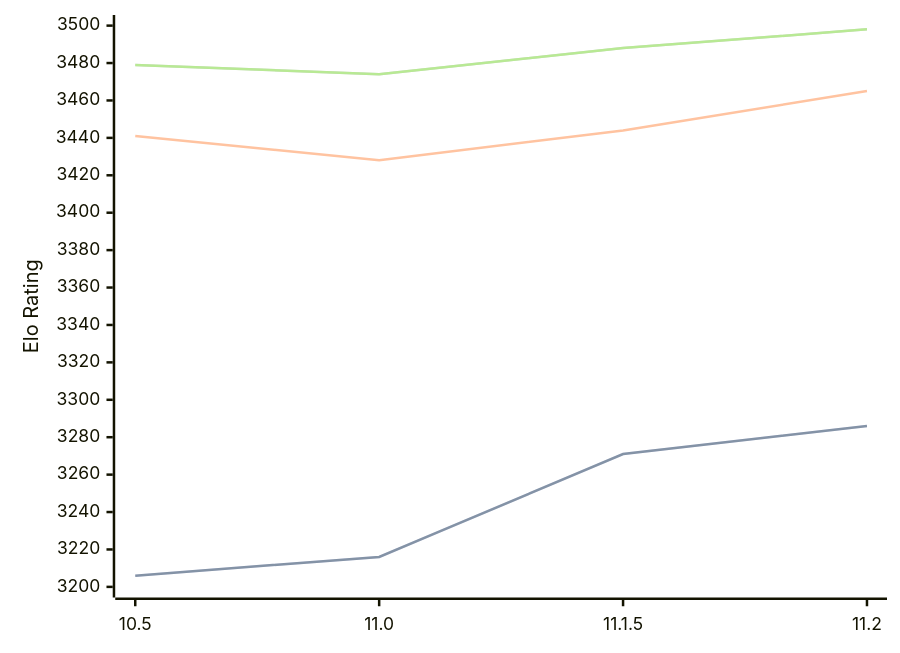
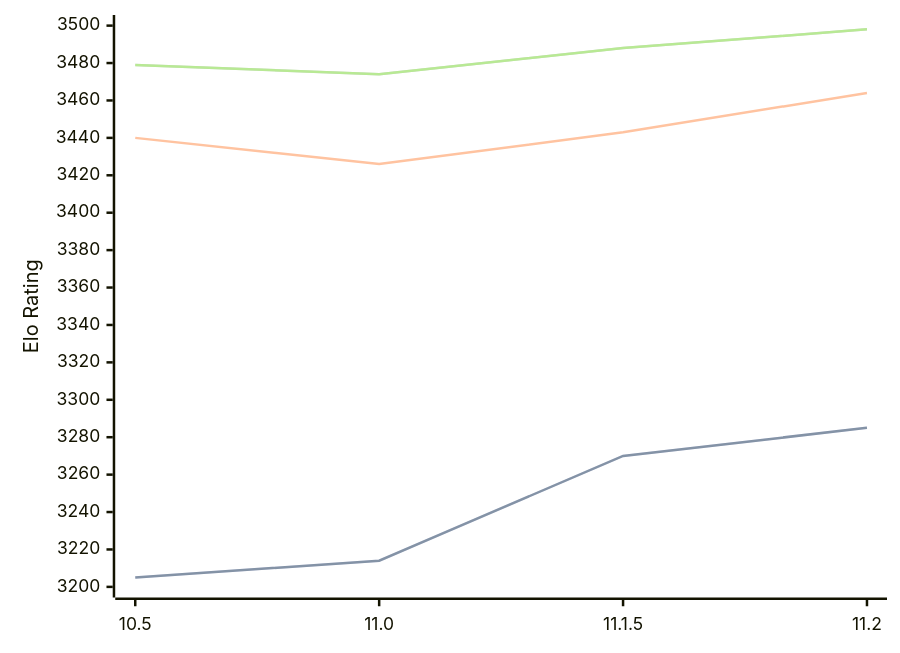
One commit to computer-chess-index/cci changed the diagram in engines/Lizard.md. Above: the diagram before and after it, drawn with Mermaid. The commit also changed other lines of this file, not shown here.

````diff
--- a/engines/Lizard.md
+++ b/engines/Lizard.md
@@ -46,11 +46,11 @@
 ```mermaid
 %%{init: {"theme":"base","themeVariables":{"seriesColors:['#a3a3a3','#222221','#faa371']}}}%%
 xychart-beta
   x-axis ["10.5", "11.0", "11.1.5", "11.2"]
   y-axis "Elo Rating" 3200 --> 3500
-  line "STC (8.0+0.08s)" [3206, 3216, 3271, 3286]
-  line "STC (8.0+0.08s)" [3206, 3216, 3271, 3286]
-  line "LTC (60.0+0.60s)" [3441, 3428, 3444, 3465]
+  line "STC (8.0+0.08s)" [3205, 3214, 3270, 3285]
+  line "STC (8.0+0.08s)" [3205, 3214, 3270, 3285]
+  line "LTC (60.0+0.60s)" [3440, 3426, 3443, 3464]
   line "VLTC (2m24s+1.12s)" [3479, 3474, 3488, 3498]
   line "VLTC (2m24s+1.12s)" [3479, 3474, 3488, 3498]
 ```
````
